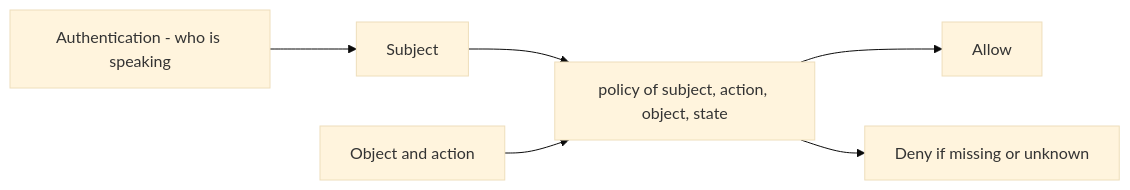
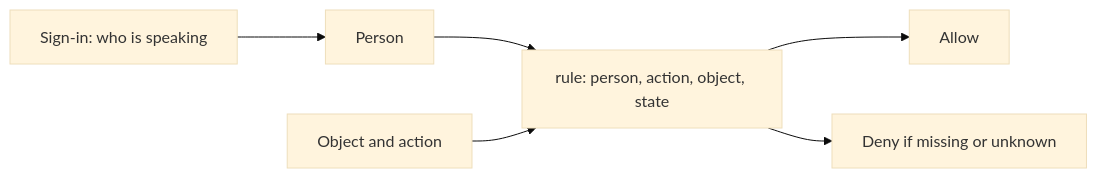
Before and after one commit to ishitvagoel/LearnSecurity: the diagram in content/modules/1/1.2/lessons/01-property.md, drawn with Mermaid (base theme). The commit also changed other lines of this file and 7 other files, not shown here.

````diff
--- a/content/modules/1/1.2/lessons/01-property.md
+++ b/content/modules/1/1.2/lessons/01-property.md
@@ -37,8 +35,8 @@
 ```mermaid
 flowchart LR
-  AuthN["Authentication - who is speaking"] --> Subj[Subject]
-  Subj --> Pol["policy of subject, action, object, state"]
+  AuthN["Sign-in: who is speaking"] --> Subj[Person]
+  Subj --> Pol["rule: person, action, object, state"]
   Obj[Object and action] --> Pol
   Pol --> Allow[Allow]
   Pol --> Deny["Deny if missing or unknown"]
 ```
````
